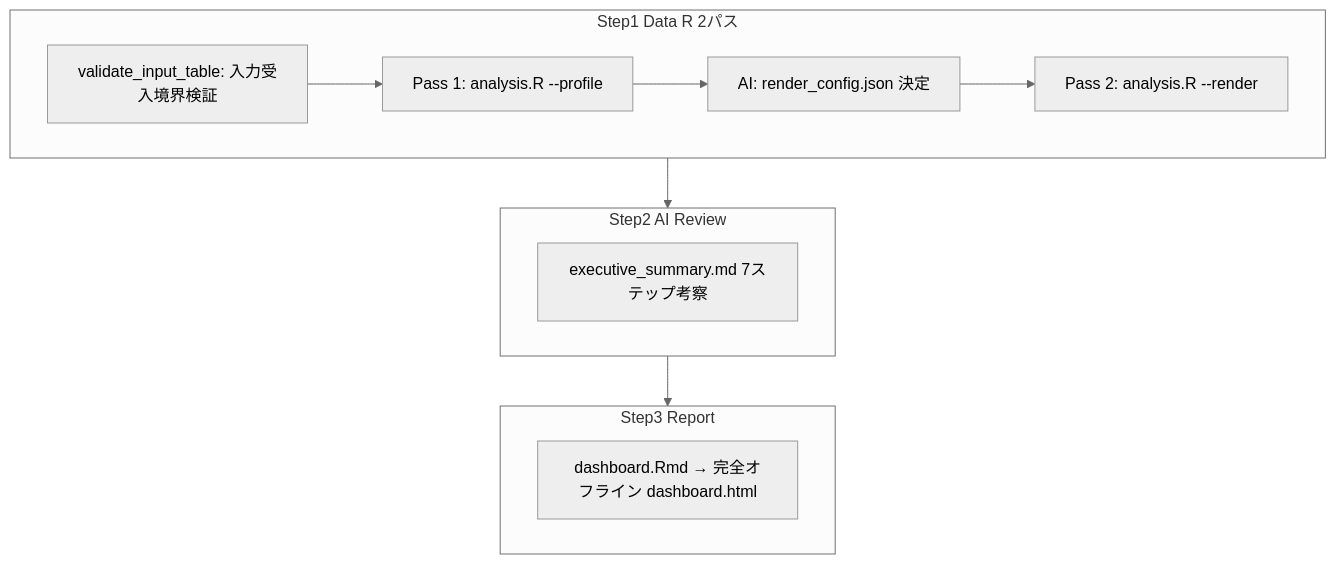
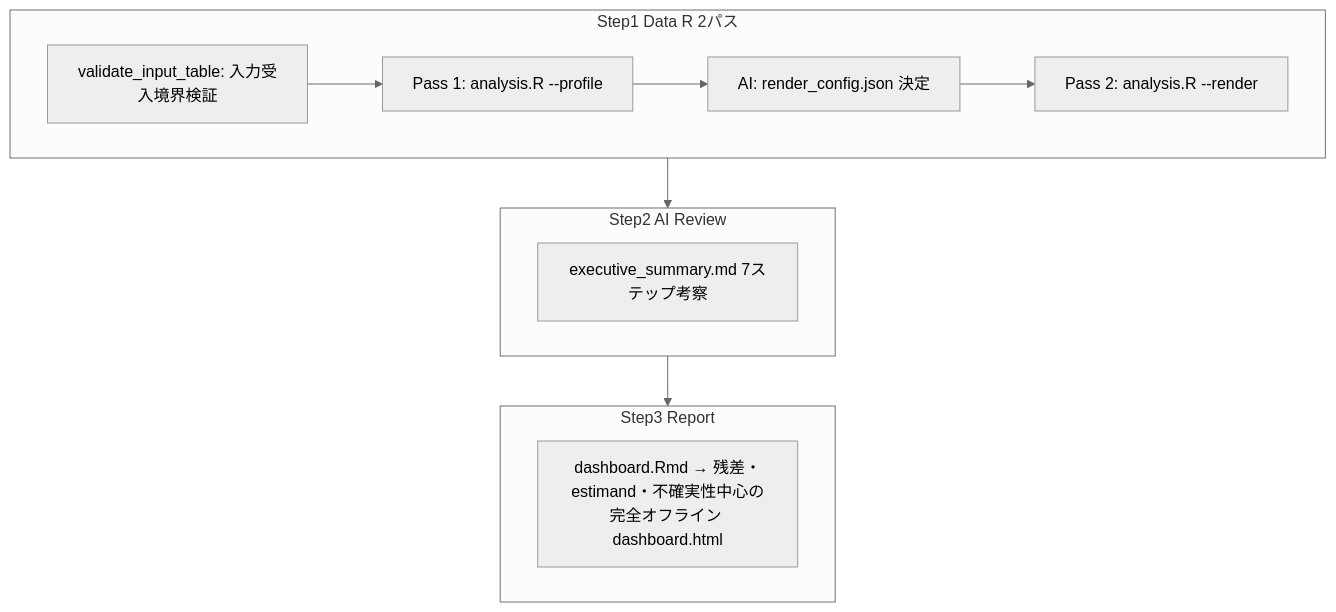
The first of 2 diagrams in .agents/skills/vcd-categorical-analysis/references/workflow.md (syrius2000/agentic-evidence-analysis), drawn with Mermaid (neutral theme) before and after one commit. The commit also changed 29 other files, not shown here.

````diff
--- a/.agents/skills/vcd-categorical-analysis/references/workflow.md
+++ b/.agents/skills/vcd-categorical-analysis/references/workflow.md
@@ -13,17 +13,17 @@
 ```mermaid
 flowchart TB
   subgraph step1 [Step1 Data R 2パス]
     V[validate_input_table: 入力受入境界検証]
     P1[Pass 1: analysis.R --profile]
     CFG[AI: render_config.json 決定]
     P2[Pass 2: analysis.R --render]
     V --> P1 --> CFG --> P2
   end
   subgraph step2 [Step2 AI Review]
     ES[executive_summary.md 7ステップ考察]
   end
   subgraph step3 [Step3 Report]
-    DB[dashboard.Rmd → 完全オフライン dashboard.html]
+    DB[dashboard.Rmd → 残差・estimand・不確実性中心の完全オフライン dashboard.html]
   end
   step1 --> step2 --> step3
 ```
````
